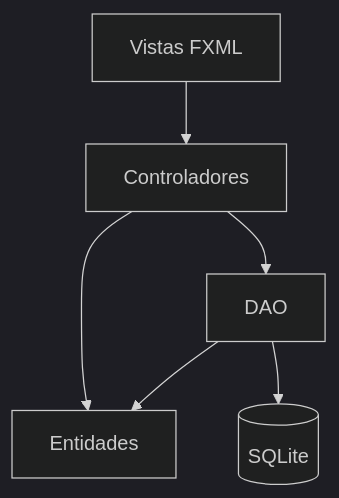
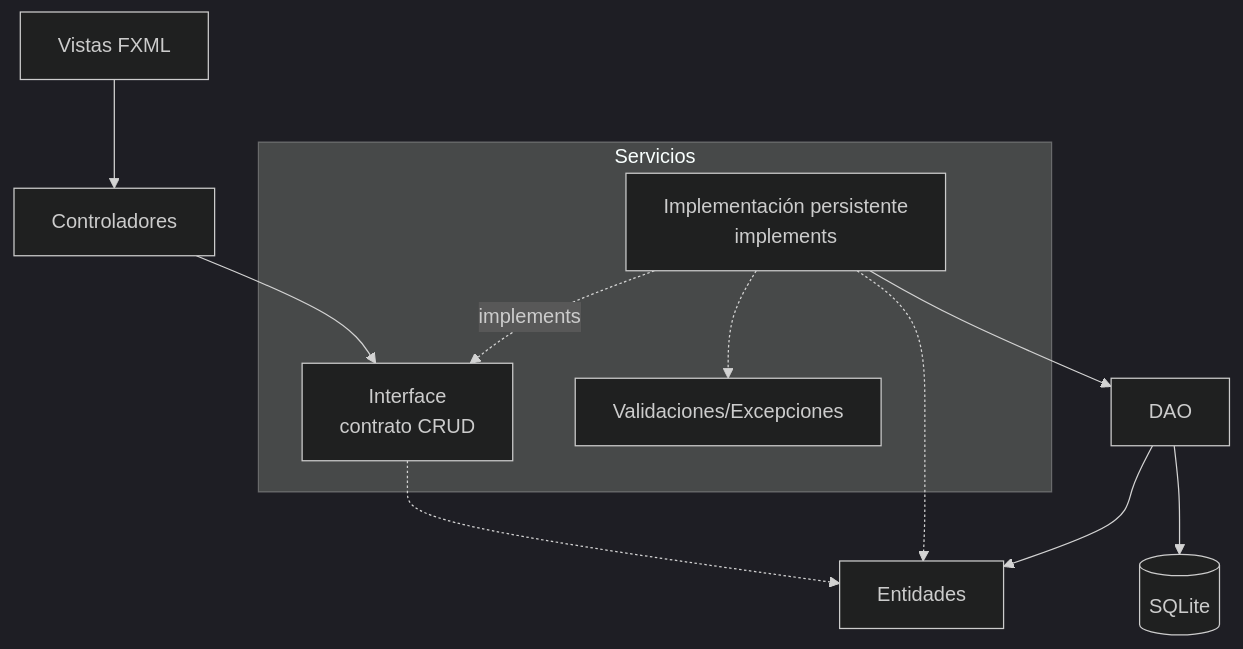
Before and after one commit to 262poo/comarket: the diagram in docs/S13_Proyecto_Integrador_Ensamblaje.md, drawn with Mermaid (dark theme). The commit also changed other lines of this file and 6 other files, not shown here.

````diff
--- a/docs/S13_Proyecto_Integrador_Ensamblaje.md
+++ b/docs/S13_Proyecto_Integrador_Ensamblaje.md
@@ -50,14 +50,24 @@
 ```mermaid
 flowchart TB
     Vista["Vistas FXML"]
     Controladores["Controladores"]
+    subgraph Servicios["Servicios"]
+        Contrato["Interface<br/>contrato CRUD"]
+        Implementacion["Implementación persistente<br/>implements"]
+        Validaciones["Validaciones/Excepciones"]
+    end
+
     Entidades["Entidades"]
     DAO["DAO"]
     SQLite[("SQLite")]
 
     Vista --> Controladores
-    Controladores --> Entidades
-    Controladores --> DAO
+    Controladores --> Contrato
+    Implementacion -. implements .-> Contrato
+    Contrato -.-> Entidades
+    Implementacion -.-> Entidades
+    Implementacion -.-> Validaciones
+    Implementacion --> DAO
     DAO --> Entidades
     DAO --> SQLite
 ```
````
